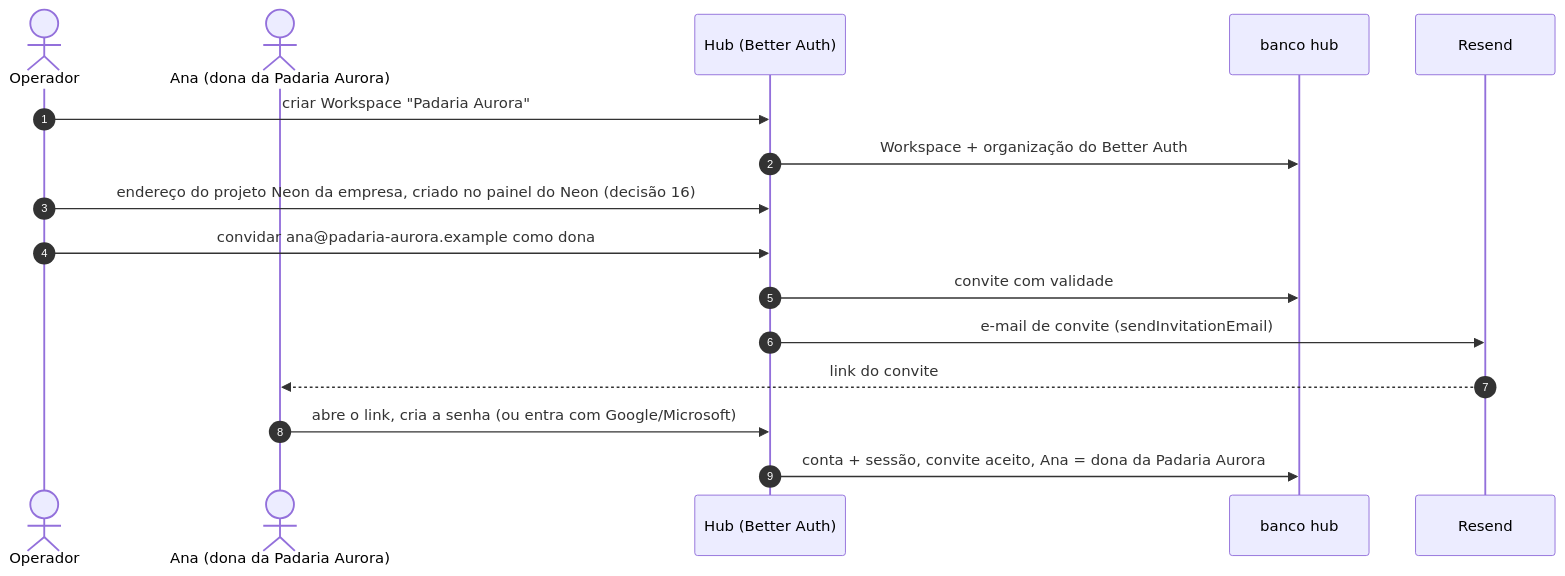
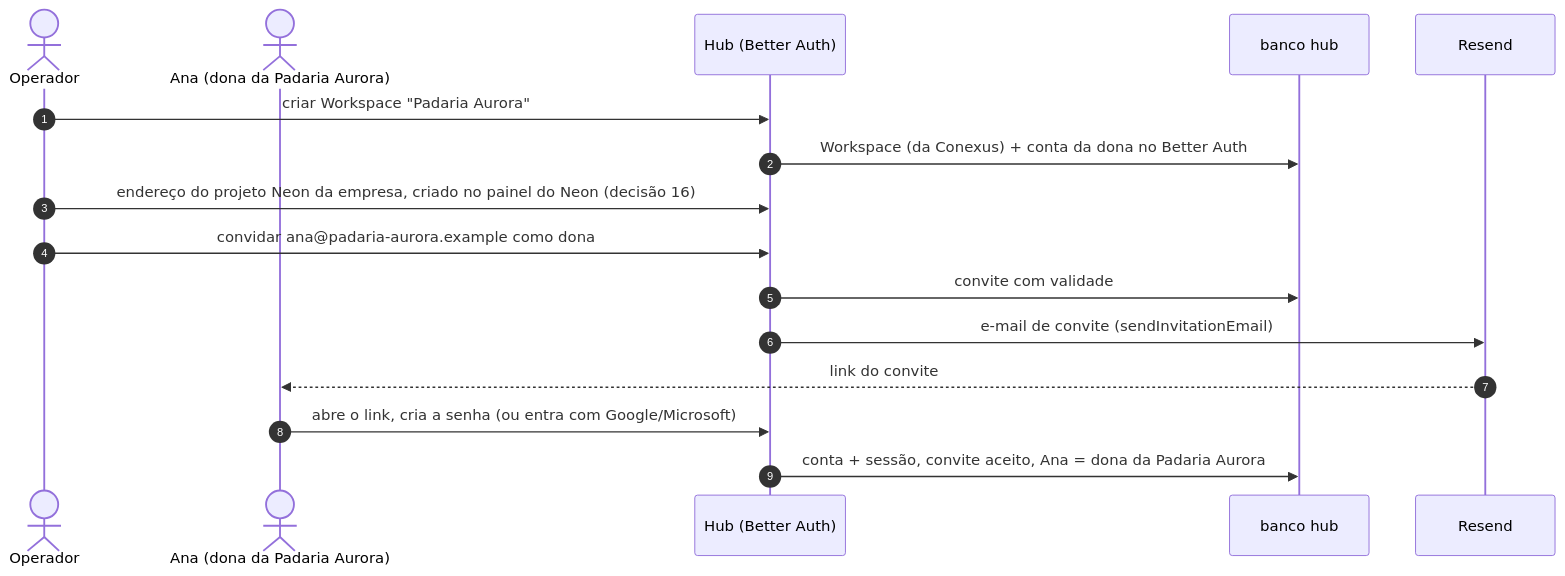
The third of 8 diagrams in docs/research/architecture/target-design.md (developmentconexus-ops/conexus-os), drawn with Mermaid before and after one commit. The commit also changed other lines of this file and 8 other files, not shown here.

````diff
--- a/docs/research/architecture/target-design.md
+++ b/docs/research/architecture/target-design.md
@@ -259,18 +259,18 @@
 ```mermaid
 sequenceDiagram
   autonumber
   actor Op as Operador
   actor Ana as Ana (dona da Padaria Aurora)
   participant Hub as Hub (Better Auth)
   participant DB as banco hub
   participant Mail as Resend
   Op->>Hub: criar Workspace "Padaria Aurora"
-  Hub->>DB: Workspace + organização do Better Auth
+  Hub->>DB: Workspace (da Conexus) + conta da dona no Better Auth
   Op->>Hub: endereço do projeto Neon da empresa, criado no painel do Neon (decisão 16)
   Op->>Hub: convidar ana@padaria-aurora.example como dona
   Hub->>DB: convite com validade
   Hub->>Mail: e-mail de convite (sendInvitationEmail)
   Mail-->>Ana: link do convite
   Ana->>Hub: abre o link, cria a senha (ou entra com Google/Microsoft)
   Hub->>DB: conta + sessão, convite aceito, Ana = dona da Padaria Aurora
 ```
````
